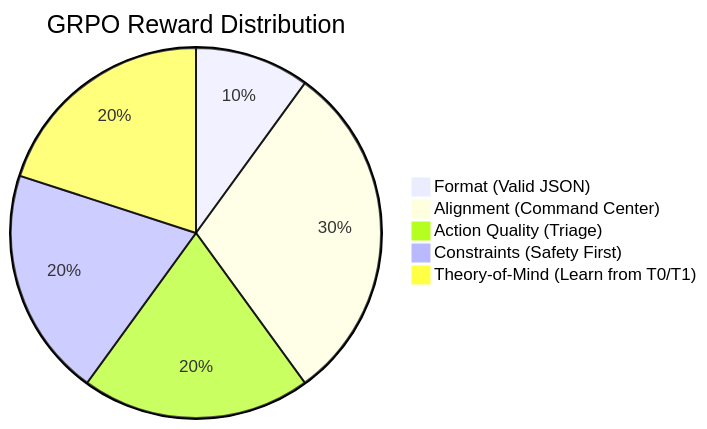
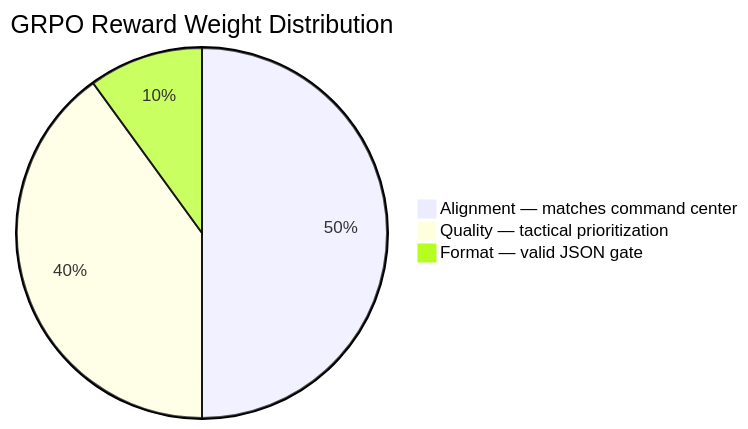
Before and after one commit to Ankitpatil944/blackout-city: the sixth of 6 diagrams in README.md, drawn with Mermaid. The commit also changed other lines of this file, not shown here.

````diff
--- a/README.md
+++ b/README.md
@@ -143,8 +308,6 @@
 ```mermaid
-pie title GRPO Reward Distribution
-    "Format (Valid JSON)" : 10
-    "Alignment (Command Center)" : 30
-    "Action Quality (Triage)" : 20
-    "Constraints (Safety First)" : 20
-    "Theory-of-Mind (Learn from T0/T1)" : 20
+pie title GRPO Reward Weight Distribution
+    "Alignment — matches command center" : 50
+    "Quality — tactical prioritization" : 40
+    "Format — valid JSON gate" : 10
 ```
````
